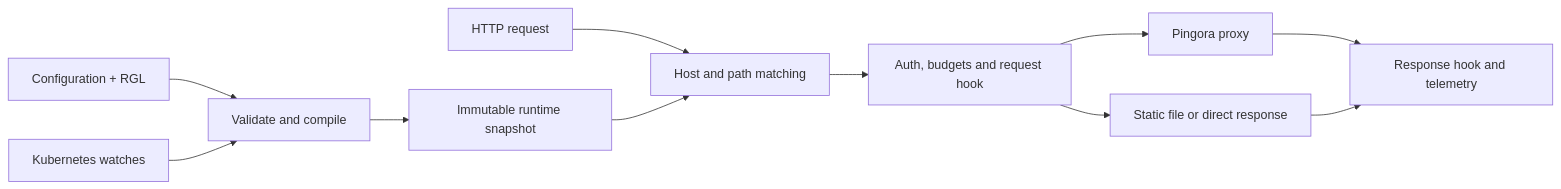
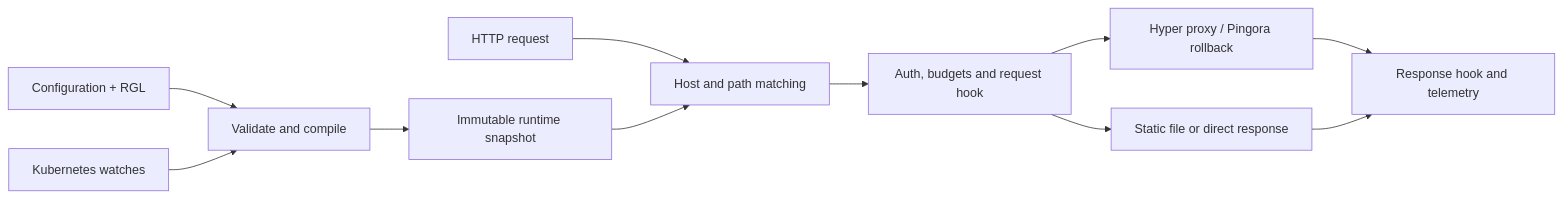
The diagram in README.md (SamuelSupe/rgnix), drawn with Mermaid before and after one commit. The commit also changed other lines of this file and 15 other files, not shown here.

First line of the commit message:
runtime: select Hyper by default and preserve explicit Pingora rollback

````diff
--- a/README.md
+++ b/README.md
@@ -248,13 +248,13 @@
 ```mermaid
 flowchart LR
     Files[Configuration + RGL] --> Build[Validate and compile]
     K8s[Kubernetes watches] --> Build
     Build --> Snapshot[Immutable runtime snapshot]
     Request[HTTP request] --> Router[Host and path matching]
     Snapshot --> Router
     Router --> Policy[Auth, budgets and request hook]
-    Policy --> Proxy[Pingora proxy]
+    Policy --> Proxy[Hyper proxy / Pingora rollback]
     Policy --> Local[Static file or direct response]
     Proxy --> Response[Response hook and telemetry]
     Local --> Response
 ```
````
